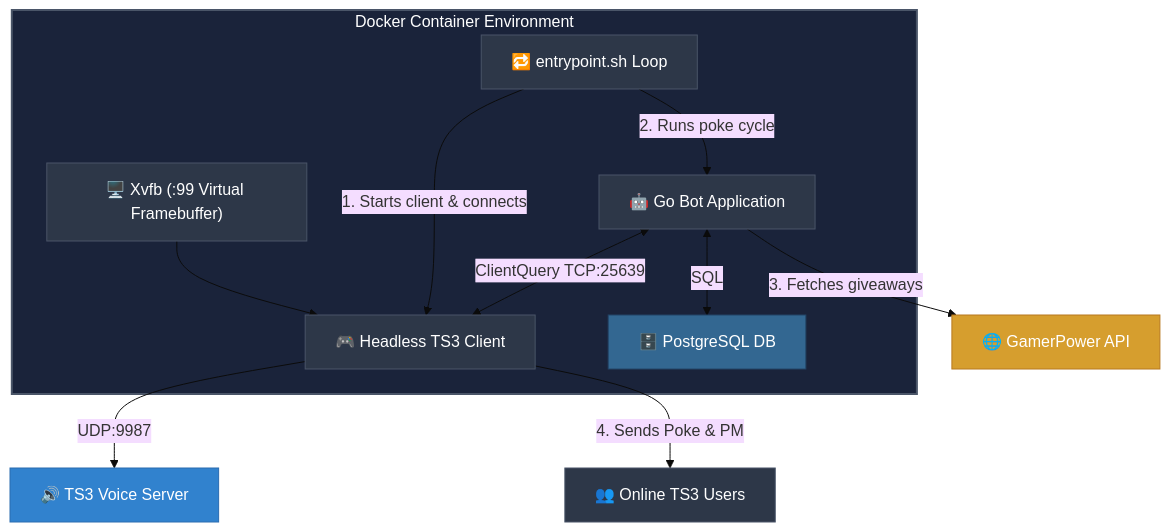
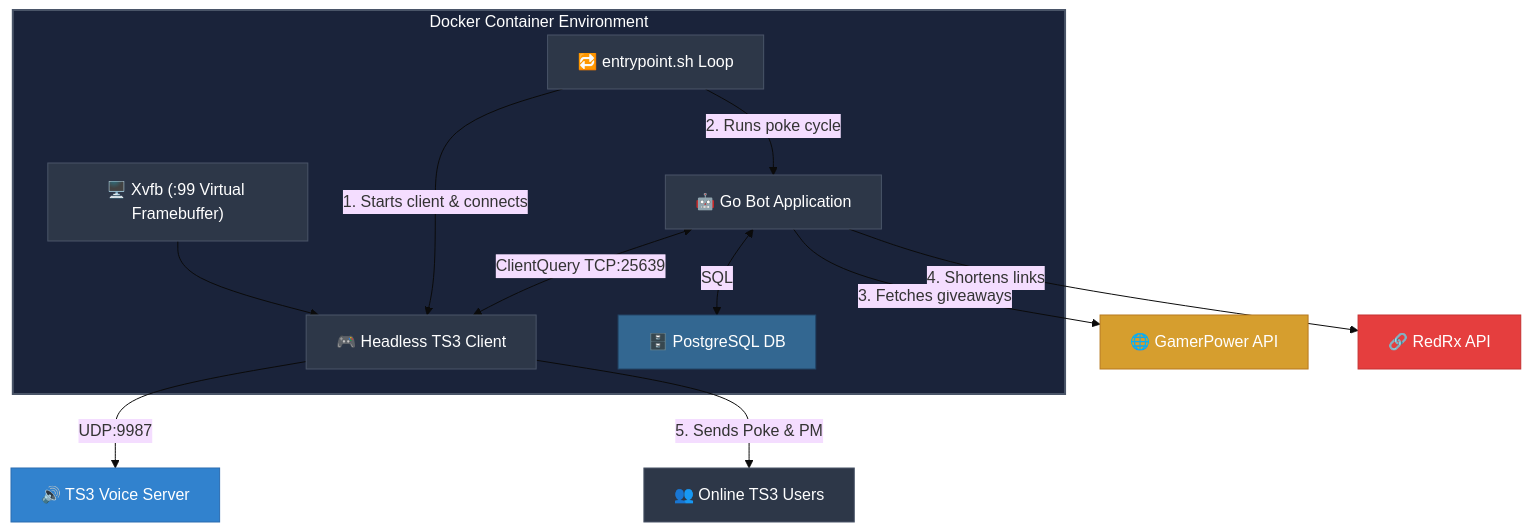
The diagram in README.md (arumes31/ts3news), drawn with Mermaid (base theme) before and after one commit. The commit also changed other lines of this file, not shown here.

Commit message:
Docs: Update README with RedRx integration details and architecture graph

````diff
--- a/README.md
+++ b/README.md
@@ -39,29 +39,32 @@
 ```mermaid
 graph TD
     subgraph DockerContainer ["Docker Container Environment"]
         style DockerContainer fill:#1a233a,stroke:#4a5568,stroke-width:2px,color:#fff
         
         Xvfb["🖥️ Xvfb (:99 Virtual Framebuffer)"]
         TS3Client["🎮 Headless TS3 Client"]
         GoBot["🤖 Go Bot Application"]
         Entrypoint["🔁 entrypoint.sh Loop"]
         
         Xvfb --> TS3Client
         Entrypoint -->|1. Starts client & connects| TS3Client
         Entrypoint -->|2. Runs poke cycle| GoBot
         GoBot <-->|ClientQuery TCP:25639| TS3Client
         GoBot <-->|SQL| PostgresDB["🗄️ PostgreSQL DB"]
     end
     
     GoBot -->|3. Fetches giveaways| GamerPower["🌐 GamerPower API"]
+    GoBot -->|4. Shortens links| Redrx["🔗 RedRx API"]
     TS3Client -->|UDP:9987| TS3Server["🔊 TS3 Voice Server"]
-    TS3Client -->|4. Sends Poke & PM| TS3Users["👥 Online TS3 Users"]
+    TS3Client -->|5. Sends Poke & PM| TS3Users["👥 Online TS3 Users"]
     
     classDef default fill:#2d3748,stroke:#4a5568,stroke-width:1px,color:#fff;
     classDef GamerPower fill:#d69e2e,stroke:#b7791f,stroke-width:1px,color:#fff;
+    classDef Redrx fill:#e53e3e,stroke:#c53030,stroke-width:1px,color:#fff;
     classDef TS3Server fill:#3182ce,stroke:#2b6cb0,stroke-width:1px,color:#fff;
     classDef DB fill:#336791,stroke:#224466,stroke-width:1px,color:#fff;
     class GamerPower GamerPower;
+    class Redrx Redrx;
     class TS3Server TS3Server;
     class PostgresDB DB;
 ```
````
